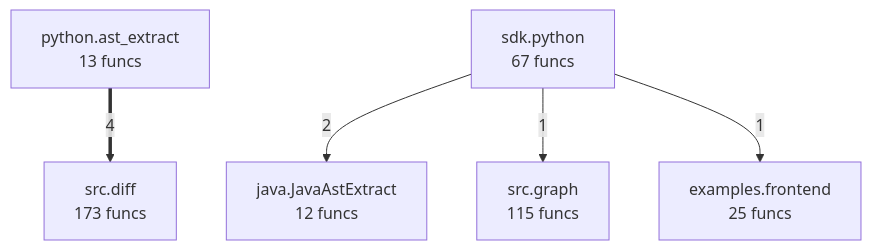
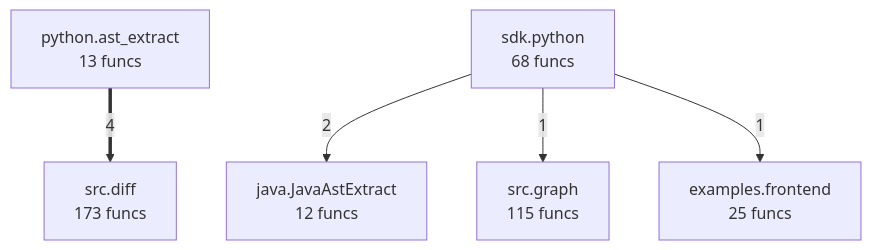
The diagram in project/compact_flow.mmd (autogrammar/todo2code), drawn with Mermaid before and after one commit. The commit also changed 51 other files, not shown here.

```diff
--- a/project/compact_flow.mmd
+++ b/project/compact_flow.mmd
@@ -1,12 +1,12 @@
 flowchart TD
-%% generated in 0.03s
+%% generated in 0.04s
     examples__frontend["examples.frontend<br/>25 funcs"]
     java__JavaAstExtract["java.JavaAstExtract<br/>12 funcs"]
     python__ast_extract["python.ast_extract<br/>13 funcs"]
-    sdk__python["sdk.python<br/>67 funcs"]
+    sdk__python["sdk.python<br/>68 funcs"]
     src__diff["src.diff<br/>173 funcs"]
     src__graph["src.graph<br/>115 funcs"]
     python__ast_extract ==>|4| src__diff
     sdk__python -->|2| java__JavaAstExtract
     sdk__python -->|1| src__graph
     sdk__python -->|1| examples__frontend
```
